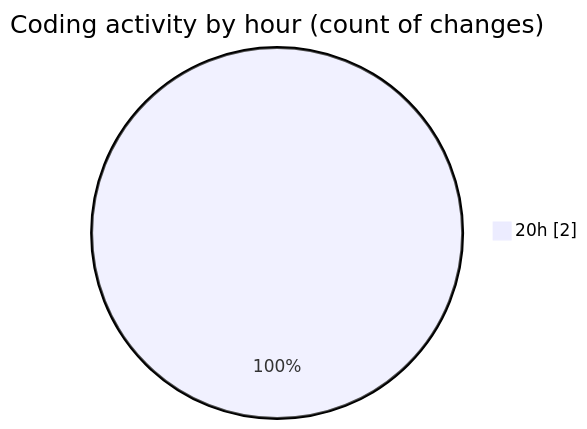
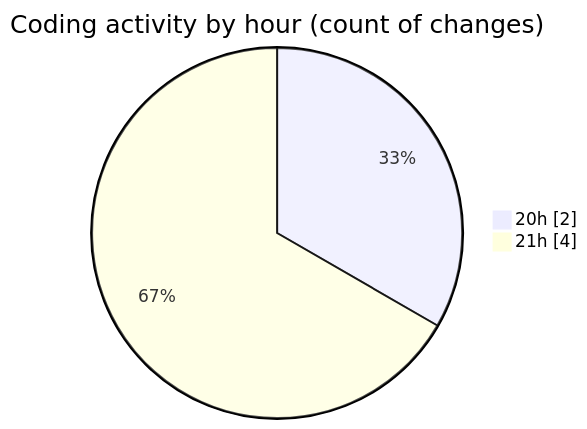
Before and after one commit to hasnaa123/code-tracking: the second of 2 diagrams in 2025-12-23/technologie_web/README.md, drawn with Mermaid. The commit also changed other lines of this file and 1 other file, not shown here.

````diff
--- a/2025-12-23/technologie_web/README.md
+++ b/2025-12-23/technologie_web/README.md
@@ -28,5 +28,6 @@
 ```mermaid
 pie showData
 title Coding activity by hour (count of changes)
 "20h" : 2
+"21h" : 4
 ```
````
